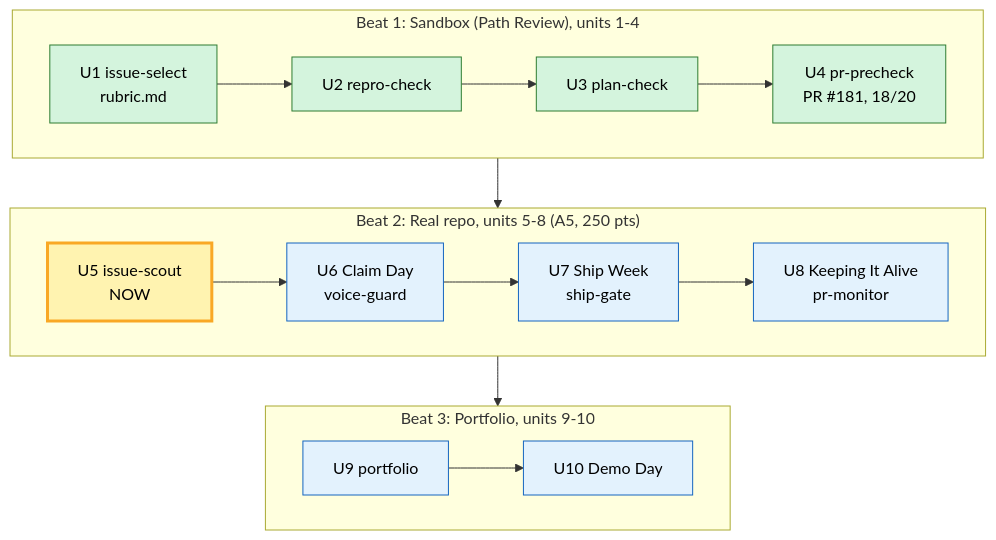
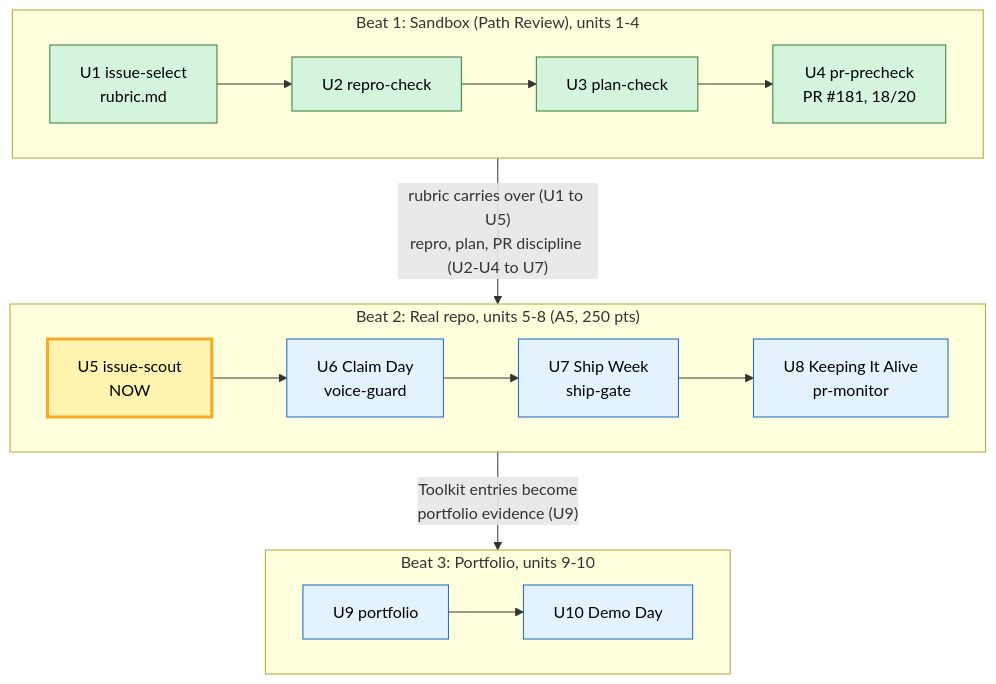
The diagram in beat-2-contribution/unit-5/2026-10-14-ai301-roadmap.md (speculaas/ai301-coursework-trilogy-preview), drawn with Mermaid before and after one commit. The commit also changed other lines of this file, not shown here.

Commit message:
roadmap: keep wide-stacked version, cross-beat links as edge labels

````diff
--- a/beat-2-contribution/unit-5/2026-10-14-ai301-roadmap.md
+++ b/beat-2-contribution/unit-5/2026-10-14-ai301-roadmap.md
@@ -50,20 +11,21 @@
 ```mermaid
 flowchart TB
   classDef done fill:#d4f4dd,stroke:#2e7d32,color:#000
   classDef now fill:#fff3b0,stroke:#f9a825,stroke-width:3px,color:#000
   classDef next fill:#e3f2fd,stroke:#1565c0,color:#000
 
   subgraph B1["Beat 1: Sandbox (Path Review), units 1-4"]
     direction LR
     A1["U1 issue-select<br/>rubric.md"]:::done --> A2["U2 repro-check"]:::done --> A3["U3 plan-check"]:::done --> A4["U4 pr-precheck<br/>PR #181, 18/20"]:::done
   end
   subgraph B2["Beat 2: Real repo, units 5-8 (A5, 250 pts)"]
     direction LR
     C5["U5 issue-scout<br/>NOW"]:::now --> C6["U6 Claim Day<br/>voice-guard"]:::next --> C7["U7 Ship Week<br/>ship-gate"]:::next --> C8["U8 Keeping It Alive<br/>pr-monitor"]:::next
   end
   subgraph B3["Beat 3: Portfolio, units 9-10"]
     direction LR
     D9["U9 portfolio"]:::next --> D10["U10 Demo Day"]:::next
   end
-  B1 --> B2 --> B3
+  B1 -- "rubric carries over (U1 to U5)<br/>repro, plan, PR discipline (U2-U4 to U7)" --> B2
+  B2 -- "Toolkit entries become<br/>portfolio evidence (U9)" --> B3
 ```
````
